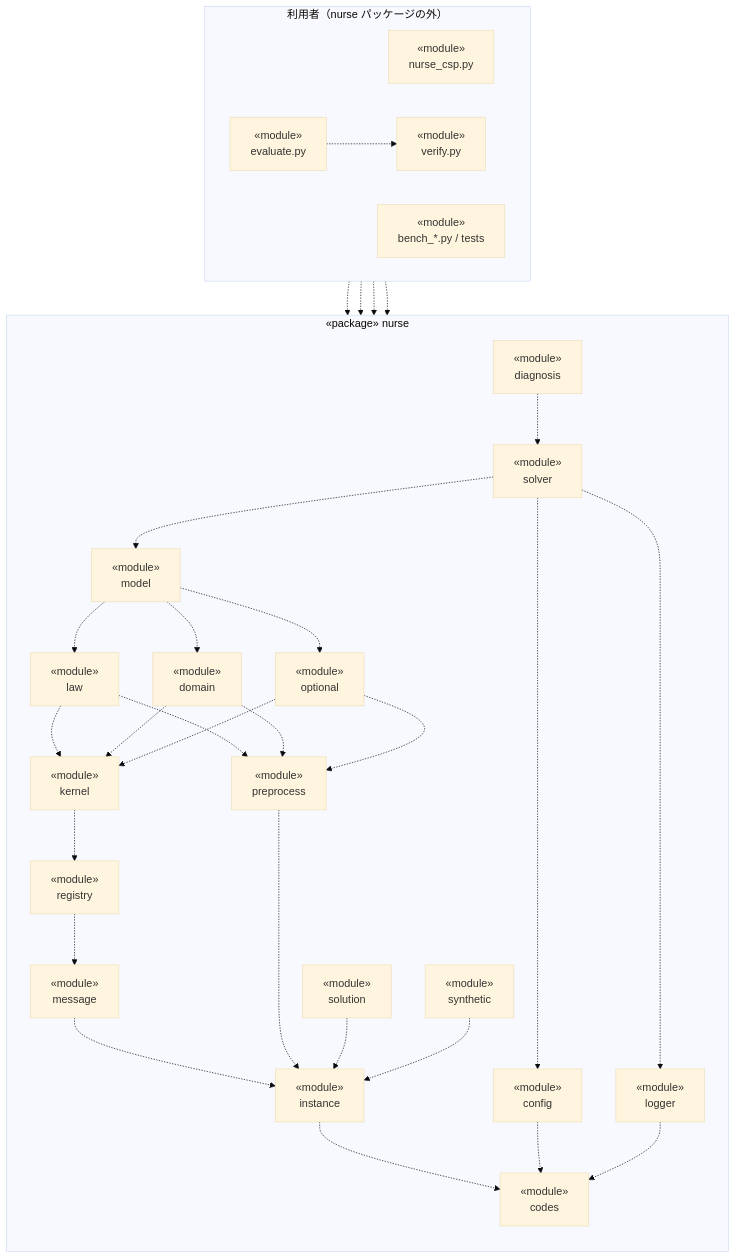
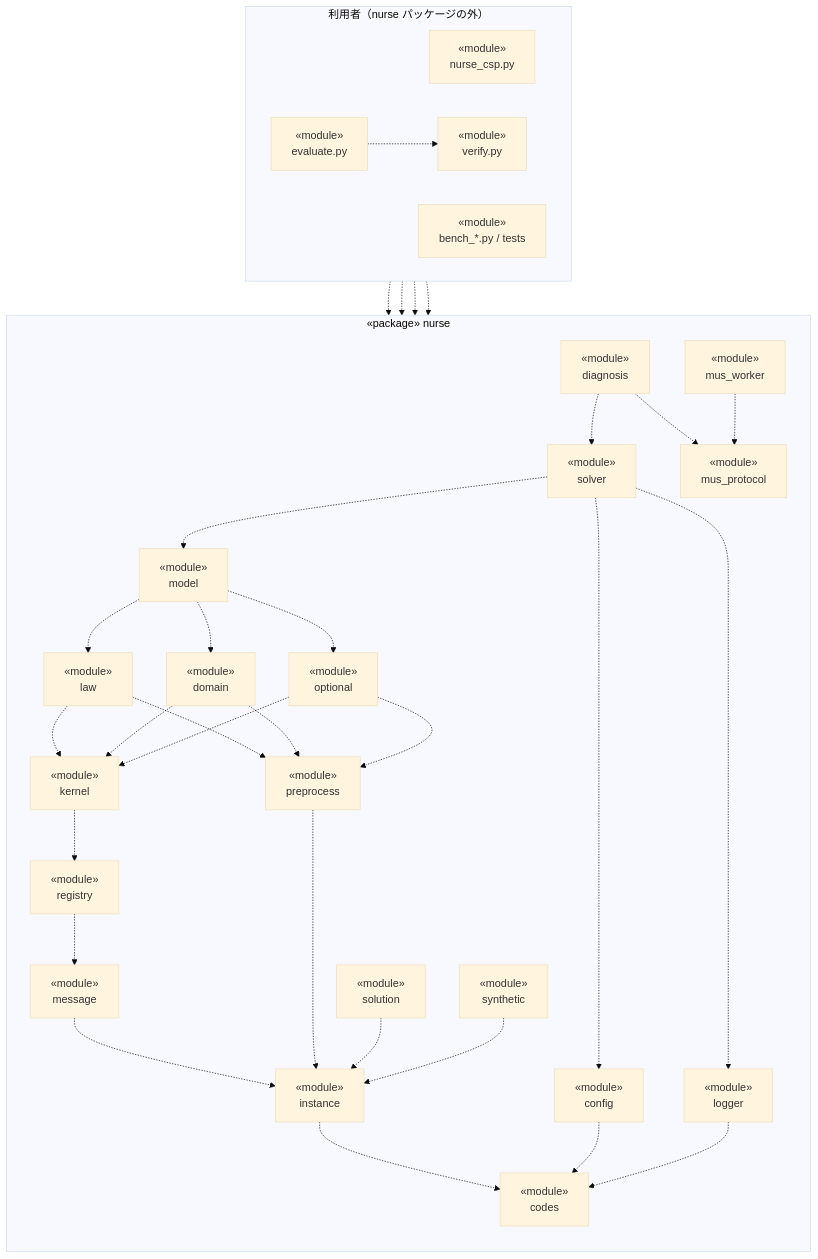
The second of 2 diagrams in README.md (Axtsukun/nurse-scheduling), drawn with Mermaid (base theme) before and after one commit. The commit also changed other lines of this file and 9 other files, not shown here.

First line of the commit message:
docs: MUS の別プロセス化を README・CLAUDE.md・クラス図・API 文書に反映し、速度の比較を記録する

````diff
--- a/README.md
+++ b/README.md
@@ -241,56 +247,60 @@
 ```mermaid
 flowchart TB
     subgraph EXT["利用者（nurse パッケージの外）"]
         direction LR
         nurse_csp["«module»<br/>nurse_csp.py"]
         evaluate["«module»<br/>evaluate.py"]
         verify["«module»<br/>verify.py"]
         others["«module»<br/>bench_*.py / tests"]
     end
     subgraph NURSE["«package» nurse"]
         direction TB
         diagnosis["«module»<br/>diagnosis"]
         solver["«module»<br/>solver"]
         model["«module»<br/>model"]
         law["«module»<br/>law"]
         domain["«module»<br/>domain"]
         optional["«module»<br/>optional"]
         kernel["«module»<br/>kernel"]
         registry["«module»<br/>registry"]
         message["«module»<br/>message"]
         preprocess["«module»<br/>preprocess"]
         solution["«module»<br/>solution"]
         synthetic["«module»<br/>synthetic"]
         config["«module»<br/>config"]
         logger["«module»<br/>logger"]
         instance["«module»<br/>instance"]
         codes["«module»<br/>codes"]
+        mus_protocol["«module»<br/>mus_protocol"]
+        mus_worker["«module»<br/>mus_worker"]
     end
     nurse_csp -.-> NURSE
     evaluate -.-> NURSE
     verify -.-> NURSE
     others -.-> NURSE
     evaluate -.-> verify
     diagnosis -.-> solver
+    diagnosis -.-> mus_protocol
+    mus_worker -.-> mus_protocol
     solver -.-> model
     solver -.-> config
     solver -.-> logger
     model -.-> law
     model -.-> domain
     model -.-> optional
     law -.-> kernel
     domain -.-> kernel
     optional -.-> kernel
     law -.-> preprocess
     domain -.-> preprocess
     optional -.-> preprocess
     kernel -.-> registry
     registry -.-> message
     message -.-> instance
     preprocess -.-> instance
     solution -.-> instance
     synthetic -.-> instance
     instance -.-> codes
     config -.-> codes
     logger -.-> codes
 ```
````
